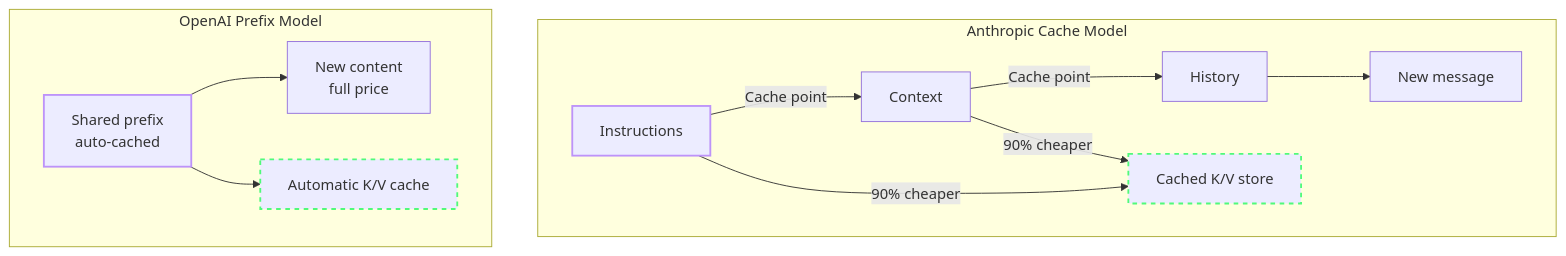
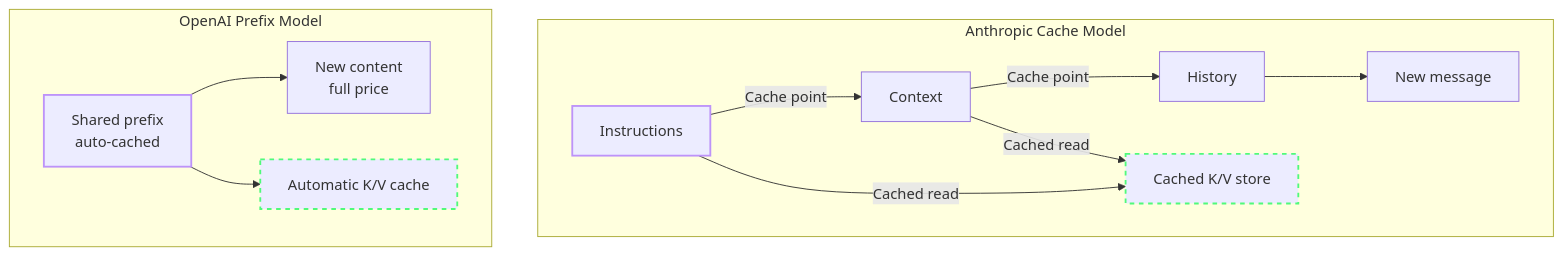
One commit to dandahprecio/vibe-on-budget changed the third of 3 diagrams in token-economy-course/src/content/docs/en/02-context-model.mdx. Above: the diagram before and after it, drawn with Mermaid. The commit also changed other lines of this file and 26 other files, not shown here.

````diff
--- a/token-economy-course/src/content/docs/en/02-context-model.mdx
+++ b/token-economy-course/src/content/docs/en/02-context-model.mdx
@@ -112,20 +101,20 @@
 ```mermaid
 flowchart TD
     subgraph Anthropic[Anthropic Cache Model]
         A1[Instructions] -->|Cache point| A2[Context]
         A2 -->|Cache point| A3[History]
         A3 --> A4[New message]
-        A1 -->|90% cheaper| A5[Cached K/V store]
-        A2 -->|90% cheaper| A5
+        A1 -->|Cached read| A5[Cached K/V store]
+        A2 -->|Cached read| A5
     end
     
     subgraph OpenAI[OpenAI Prefix Model]
         B1[Shared prefix<br/>auto-cached] --> B2[New content<br/>full price]
         B1 --> B3[Automatic K/V cache]
     end
     
     style A1 stroke:#bd93f9,stroke-width:2px
     style A5 stroke:#50fa7b,stroke-width:2px,stroke-dasharray: 5 5
     style B1 stroke:#bd93f9,stroke-width:2px
     style B3 stroke:#50fa7b,stroke-width:2px,stroke-dasharray: 5 5
 ```
````
